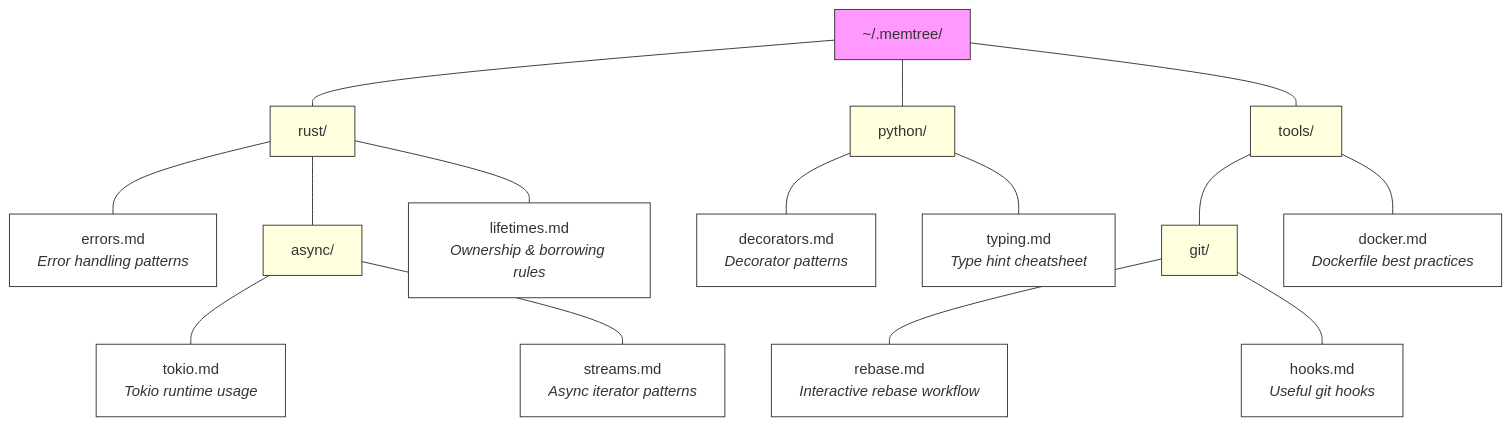
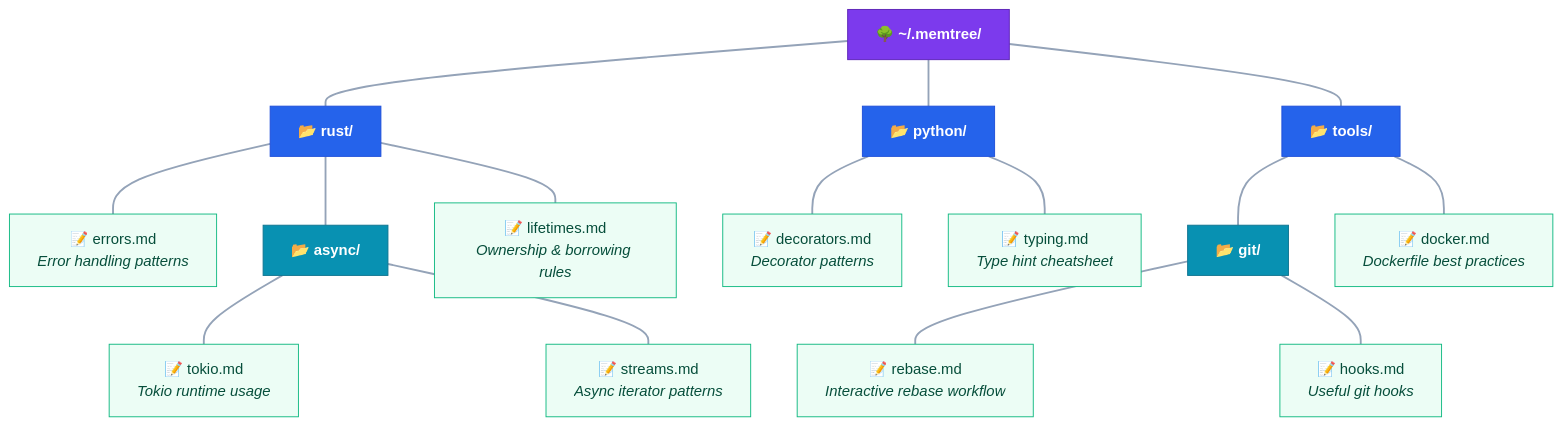
The diagram in README.md (timothyandrew/memtree), drawn with Mermaid before and after one commit. The commit also changed other lines of this file, not shown here.

Commit message:
Make mermaid diagram more visually striking
Purple root, blue topic dirs, teal subdirs, green leaves with emojis.
Bold white text on dark backgrounds, color-coded legend below.

````diff
--- a/README.md
+++ b/README.md
@@ -7,39 +7,41 @@
 ```mermaid
 graph TD
-    root["~/.memtree/"]
-    root --- rust["rust/"]
-    root --- python["python/"]
-    root --- tools["tools/"]
+    root["🌳 ~/.memtree/"]
+    root --- rust["📂 rust/"]
+    root --- python["📂 python/"]
+    root --- tools["📂 tools/"]
 
-    rust --- errors["errors.md<br/><i>Error handling patterns</i>"]
-    rust --- async["async/"]
-    rust --- lifetimes["lifetimes.md<br/><i>Ownership & borrowing rules</i>"]
+    rust --- errors["📝 errors.md<br/><i>Error handling patterns</i>"]
+    rust --- async["📂 async/"]
+    rust --- lifetimes["📝 lifetimes.md<br/><i>Ownership &amp; borrowing rules</i>"]
 
-    async --- tokio["tokio.md<br/><i>Tokio runtime usage</i>"]
-    async --- streams["streams.md<br/><i>Async iterator patterns</i>"]
+    async --- tokio["📝 tokio.md<br/><i>Tokio runtime usage</i>"]
+    async --- streams["📝 streams.md<br/><i>Async iterator patterns</i>"]
 
-    python --- decorators["decorators.md<br/><i>Decorator patterns</i>"]
-    python --- typing["typing.md<br/><i>Type hint cheatsheet</i>"]
+    python --- decorators["📝 decorators.md<br/><i>Decorator patterns</i>"]
+    python --- typing["📝 typing.md<br/><i>Type hint cheatsheet</i>"]
 
-    tools --- git["git/"]
-    tools --- docker["docker.md<br/><i>Dockerfile best practices</i>"]
+    tools --- git["📂 git/"]
+    tools --- docker["📝 docker.md<br/><i>Dockerfile best practices</i>"]
 
-    git --- rebase["rebase.md<br/><i>Interactive rebase workflow</i>"]
-    git --- hooks["hooks.md<br/><i>Useful git hooks</i>"]
+    git --- rebase["📝 rebase.md<br/><i>Interactive rebase workflow</i>"]
+    git --- hooks["📝 hooks.md<br/><i>Useful git hooks</i>"]
 
-    style root fill:#f9f,stroke:#333
-    style rust fill:#ffd,stroke:#333
-    style python fill:#ffd,stroke:#333
-    style tools fill:#ffd,stroke:#333
-    style async fill:#ffd,stroke:#333
-    style git fill:#ffd,stroke:#333
-    style errors fill:#fff,stroke:#333
-    style lifetimes fill:#fff,stroke:#333
-    style tokio fill:#fff,stroke:#333
-    style streams fill:#fff,stroke:#333
-    style decorators fill:#fff,stroke:#333
-    style typing fill:#fff,stroke:#333
-    style docker fill:#fff,stroke:#333
-    style rebase fill:#fff,stroke:#333
-    style hooks fill:#fff,stroke:#333
+    style root fill:#7c3aed,stroke:#5b21b6,color:#fff,font-weight:bold
+    style rust fill:#2563eb,stroke:#1d4ed8,color:#fff,font-weight:bold
+    style python fill:#2563eb,stroke:#1d4ed8,color:#fff,font-weight:bold
+    style tools fill:#2563eb,stroke:#1d4ed8,color:#fff,font-weight:bold
+    style async fill:#0891b2,stroke:#0e7490,color:#fff,font-weight:bold
+    style git fill:#0891b2,stroke:#0e7490,color:#fff,font-weight:bold
+    style errors fill:#ecfdf5,stroke:#10b981,color:#064e3b
+    style lifetimes fill:#ecfdf5,stroke:#10b981,color:#064e3b
+    style tokio fill:#ecfdf5,stroke:#10b981,color:#064e3b
+    style streams fill:#ecfdf5,stroke:#10b981,color:#064e3b
+    style decorators fill:#ecfdf5,stroke:#10b981,color:#064e3b
+    style typing fill:#ecfdf5,stroke:#10b981,color:#064e3b
+    style docker fill:#ecfdf5,stroke:#10b981,color:#064e3b
+    style rebase fill:#ecfdf5,stroke:#10b981,color:#064e3b
+    style hooks fill:#ecfdf5,stroke:#10b981,color:#064e3b
+
+    linkStyle default stroke:#94a3b8,stroke-width:2px
 ```
````
